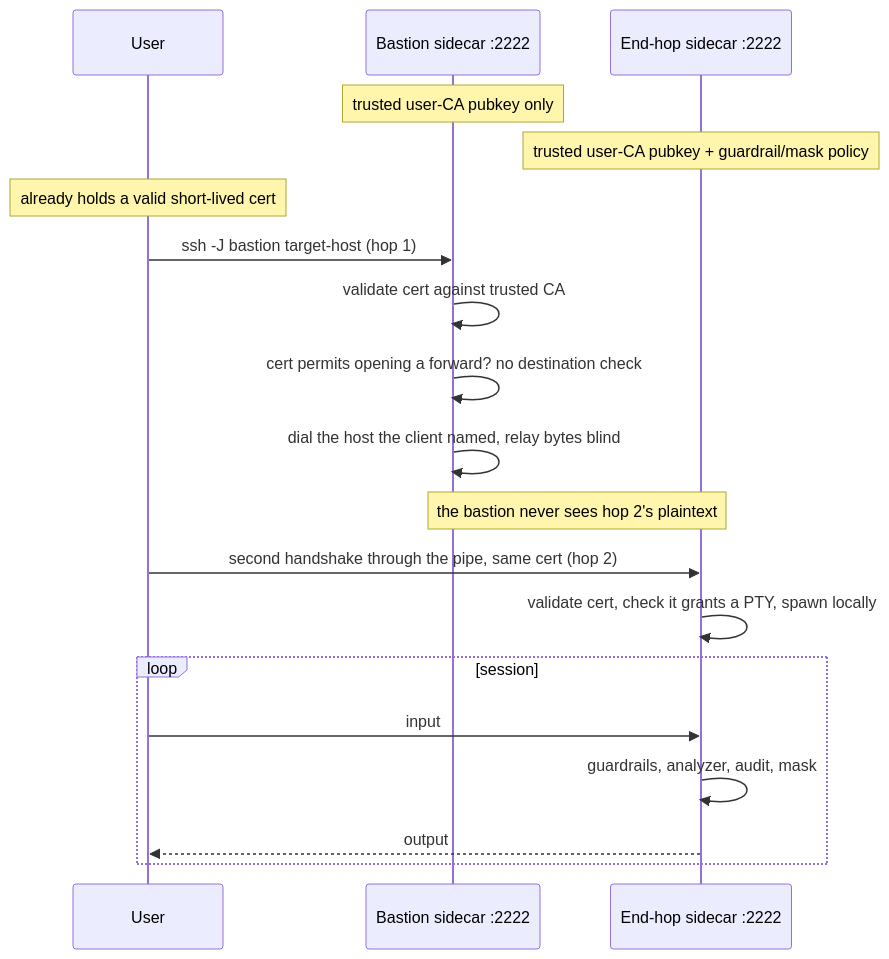
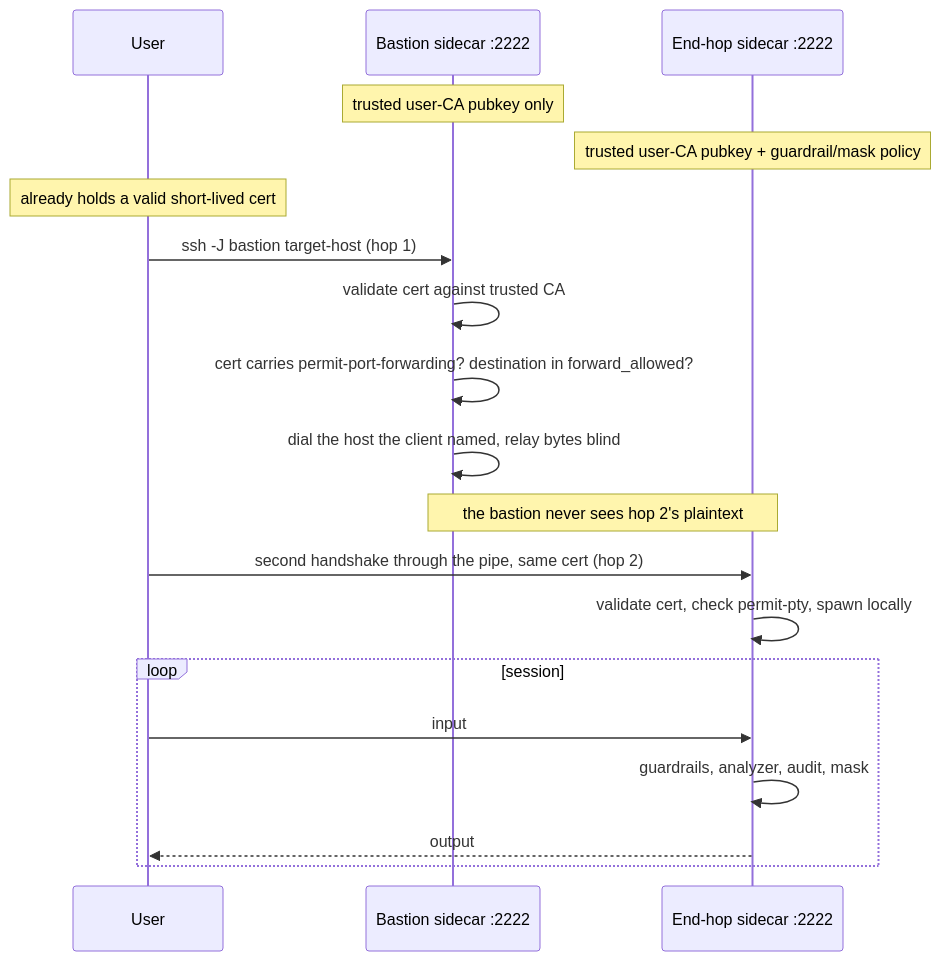
Before and after one commit to hoophq/hoop: the first of 3 diagrams in docs/adr/0015-ssh-terminates-at-the-sidecar.md, drawn with Mermaid. The commit also changed other lines of this file, not shown here.

Commit message:
add forward_allowed attribute

````diff
--- a/docs/adr/0015-ssh-terminates-at-the-sidecar.md
+++ b/docs/adr/0015-ssh-terminates-at-the-sidecar.md
@@ -161,25 +162,25 @@
 ```mermaid
 sequenceDiagram
     participant User
     participant Bastion as Bastion sidecar :2222
     participant Endpoint as End-hop sidecar :2222
 
     Note over Bastion: trusted user-CA pubkey only
     Note over Endpoint: trusted user-CA pubkey + guardrail/mask policy
     Note over User: already holds a valid short-lived cert
 
     User->>Bastion: ssh -J bastion target-host (hop 1)
     Bastion->>Bastion: validate cert against trusted CA
-    Bastion->>Bastion: cert permits opening a forward? no destination check
+    Bastion->>Bastion: cert carries permit-port-forwarding? destination in forward_allowed?
     Bastion->>Bastion: dial the host the client named, relay bytes blind
     Note over Bastion,Endpoint: the bastion never sees hop 2's plaintext
 
     User->>Endpoint: second handshake through the pipe, same cert (hop 2)
-    Endpoint->>Endpoint: validate cert, check it grants a PTY, spawn locally
+    Endpoint->>Endpoint: validate cert, check permit-pty, spawn locally
 
     loop session
         User->>Endpoint: input
         Endpoint->>Endpoint: guardrails, analyzer, audit, mask
         Endpoint-->>User: output
     end
 ```
````
